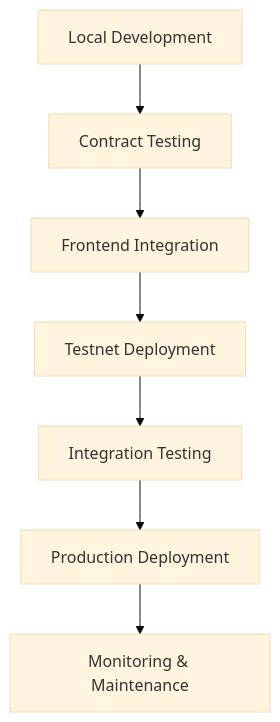
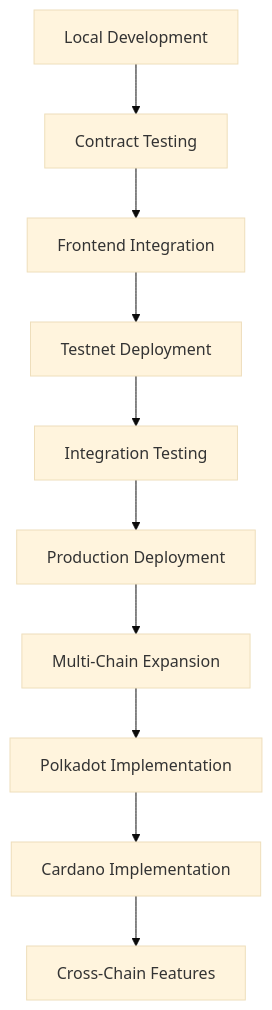
One commit to Emertechs-Labs/e-chain changed the diagram in docs/README.md. Above: the diagram before and after it, drawn with Mermaid (base theme). The commit also changed other lines of this file and 91 other files, not shown here.

````diff
--- a/docs/README.md
+++ b/docs/README.md
@@ -241,9 +273,12 @@
 ```mermaid
 graph TD
     A[Local Development] --> B[Contract Testing]
     B --> C[Frontend Integration]
     C --> D[Testnet Deployment]
     D --> E[Integration Testing]
     E --> F[Production Deployment]
-    F --> G[Monitoring & Maintenance]
+    F --> G[Multi-Chain Expansion]
+    G --> H[Polkadot Implementation]
+    H --> I[Cardano Implementation]
+    I --> J[Cross-Chain Features]
 ```
````
